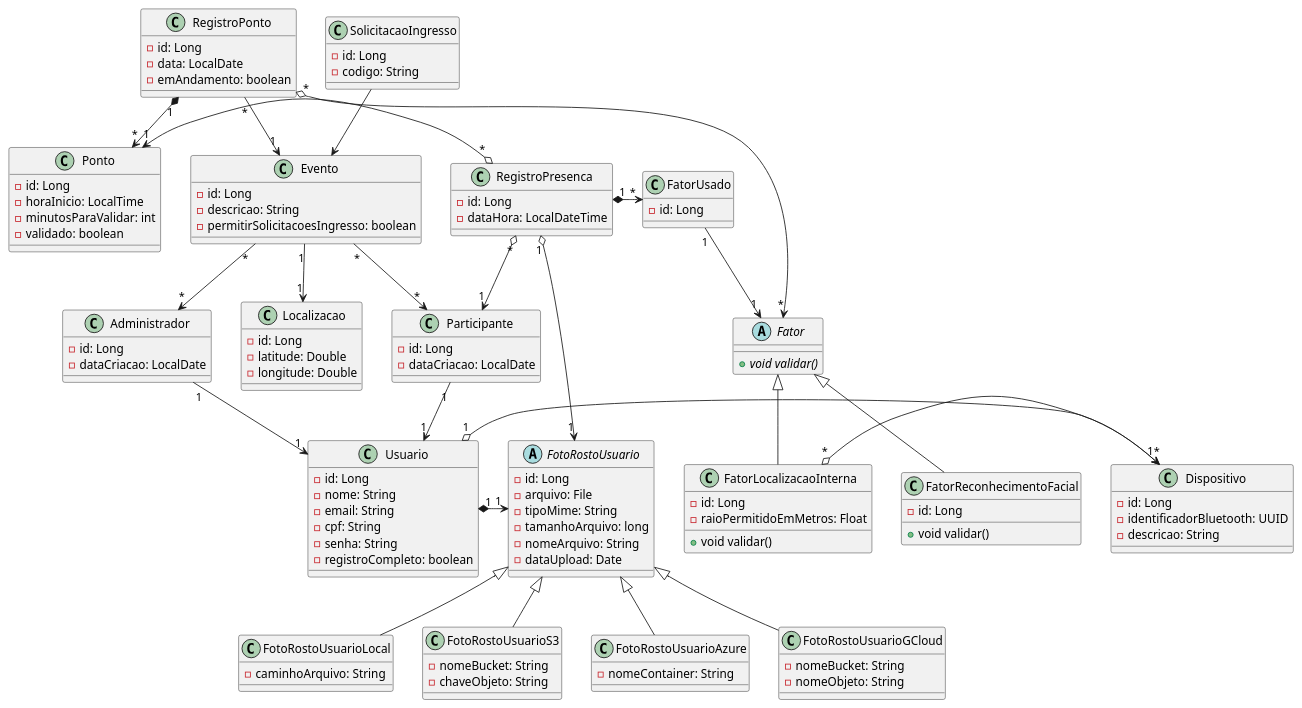
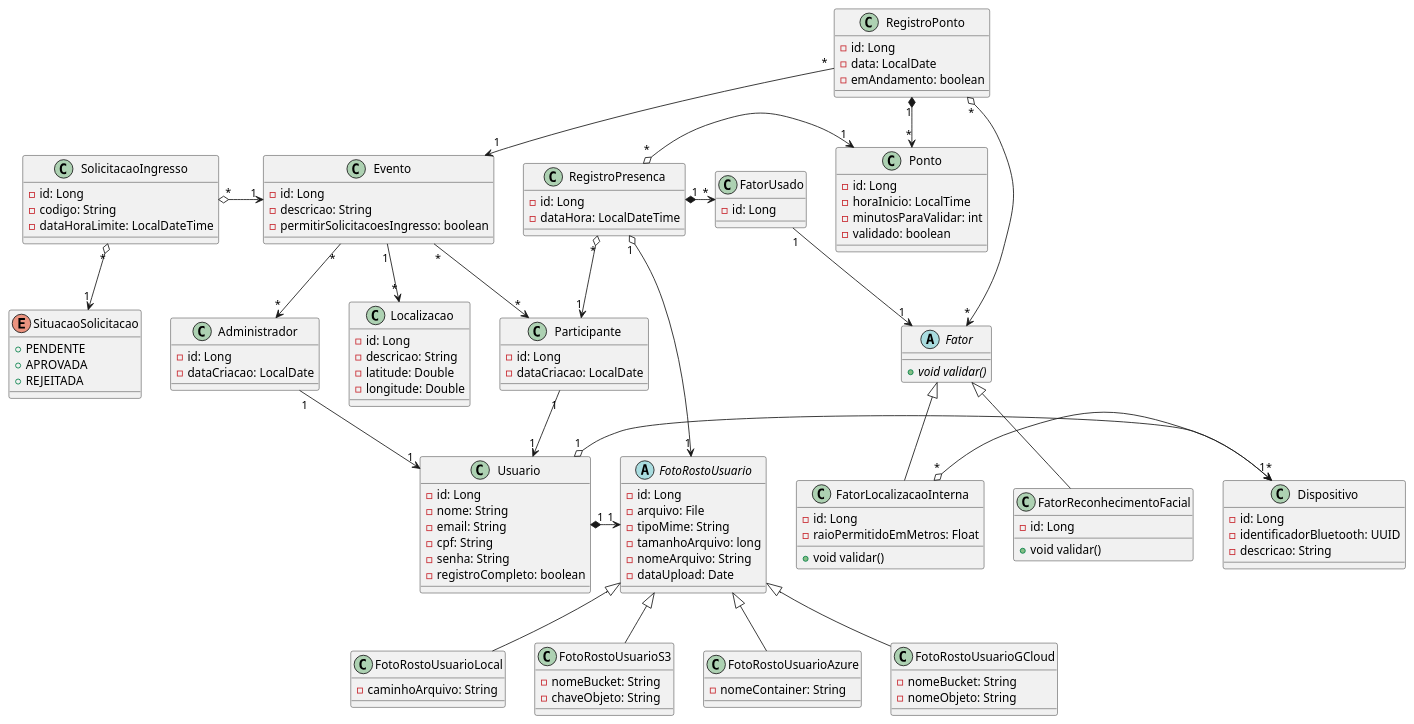
Before and after one commit to luan-coelho/faceverify: the diagram in backend/diagram-class.plantuml, drawn with PlantUML. The commit also changed 4 other files, not shown here.

```diff
--- a/backend/diagram-class.plantuml
+++ b/backend/diagram-class.plantuml
@@ -1,141 +1,150 @@
 @startuml
 class Usuario {
     - id: Long
     - nome: String
     - email: String
     - cpf: String
     - senha: String
     - registroCompleto: boolean
 }
 
 class Administrador {
     - id: Long
     - dataCriacao: LocalDate
 }
 
 class Participante {
     - id: Long
     - dataCriacao: LocalDate
 }
 
 class Dispositivo {
     - id: Long
     - identificadorBluetooth: UUID
     - descricao: String
 }
 
 abstract class FotoRostoUsuario {
     - id: Long
     - arquivo: File
     - tipoMime: String
     - tamanhoArquivo: long
     - nomeArquivo: String
     - dataUpload: Date
 }
 
 class FatorUsado {
      - id: Long
 }
 
 class FotoRostoUsuarioLocal {
     - caminhoArquivo: String
 }
 
 class FotoRostoUsuarioS3 {
     - nomeBucket: String
     - chaveObjeto: String
 }
 
 class FotoRostoUsuarioAzure {
     - nomeContainer: String
 }
 
 class FotoRostoUsuarioGCloud {
     - nomeBucket: String
     - nomeObjeto: String
 }
 
 class Evento {
     - id: Long
     - descricao: String
     - permitirSolicitacoesIngresso: boolean
 }
 
 class SolicitacaoIngresso {
     - id: Long
     - codigo: String
+    - dataHoraLimite: LocalDateTime
+}
+
+enum SituacaoSolicitacao {
+    + PENDENTE
+    + APROVADA
+    + REJEITADA
 }
 
 class Localizacao {
     - id: Long
+    - descricao: String
     - latitude: Double
     - longitude: Double
 }
 
 
 class RegistroPonto {
     - id: Long
     - data: LocalDate
     - emAndamento: boolean
 }
 
 class Ponto {
     - id: Long
     - horaInicio: LocalTime
     - minutosParaValidar: int
     - validado: boolean
 }
 
 class RegistroPresenca {
     - id: Long
     - dataHora: LocalDateTime
 }
 
 abstract class Fator {
     + void {abstract} validar()
 }
 
 class FatorReconhecimentoFacial {
     - id: Long
     + void validar()
 }
 
 class FatorLocalizacaoInterna {
     - id: Long
     - raioPermitidoEmMetros: Float
     + void validar()
 }
 
 RegistroPonto "*" --> "1" Evento
 Evento "*" --> "*" Administrador
-Evento "1" --> "1" Localizacao
+Evento "1" --> "*" Localizacao
 Evento "*" --> "*" Participante
-SolicitacaoIngresso --> Evento
+SolicitacaoIngresso "*" o-> "1" Evento
+SolicitacaoIngresso "*" o-down-> "1" SituacaoSolicitacao
 
 RegistroPonto "1" *-> "*" Ponto
 RegistroPonto "*" o-> "*" Fator
 
 RegistroPresenca "*" o-> "1" Participante
 RegistroPresenca "*" o-> "1" Ponto
 RegistroPresenca "1" o-> "1" FotoRostoUsuario
 
 Fator <|-- FatorReconhecimentoFacial
 Fator <|-- FatorLocalizacaoInterna
 
 FatorLocalizacaoInterna "*" o-> "1" Dispositivo
 
 Usuario "1" o-> "*" Dispositivo
 Usuario "1" *-> "1" FotoRostoUsuario
 
 RegistroPresenca "1" *-> "*" FatorUsado
 FatorUsado "1" --> "1" Fator
 
 Administrador "1" --> "1" Usuario
 Participante "1" --> "1" Usuario
 
 FotoRostoUsuario <|-- FotoRostoUsuarioLocal
 FotoRostoUsuario <|-- FotoRostoUsuarioS3
 FotoRostoUsuario <|-- FotoRostoUsuarioAzure
 FotoRostoUsuario <|-- FotoRostoUsuarioGCloud
 
 @enduml
```
